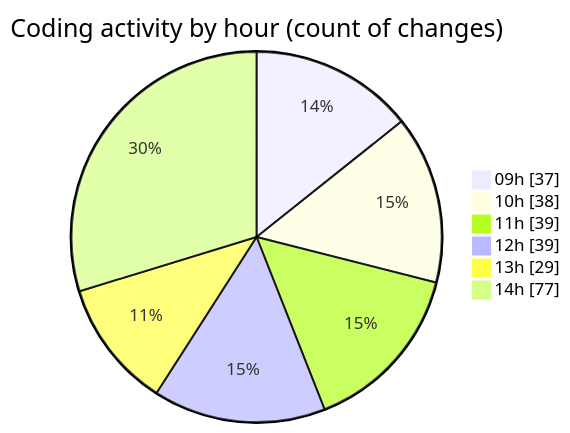
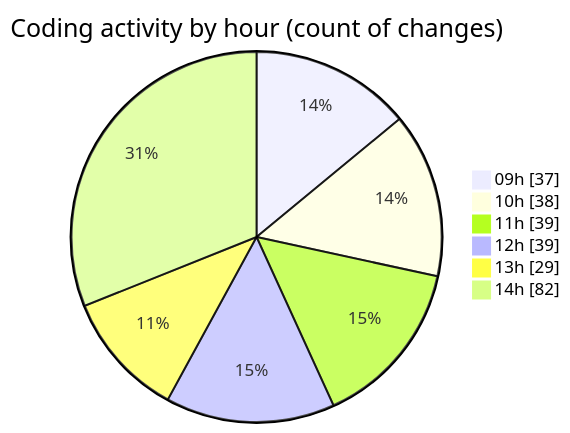
The second of 2 diagrams in 2025-02-12/cda/README.md (momahboobian/code-tracking), drawn with Mermaid before and after one commit. The commit also changed other lines of this file and 1 other file, not shown here.

````diff
--- a/2025-02-12/cda/README.md
+++ b/2025-02-12/cda/README.md
@@ -39,10 +40,10 @@
 ```mermaid
 pie showData
 title Coding activity by hour (count of changes)
 "09h" : 37
 "10h" : 38
 "11h" : 39
 "12h" : 39
 "13h" : 29
-"14h" : 77
+"14h" : 82
 ```
````
